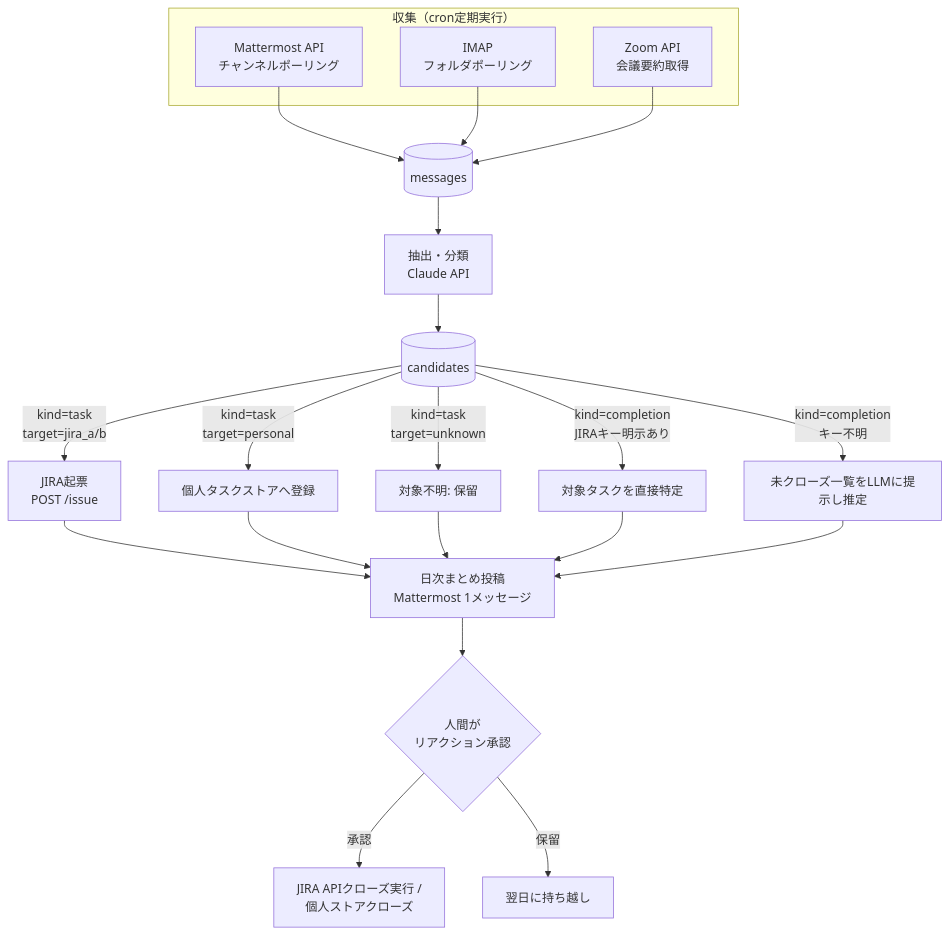
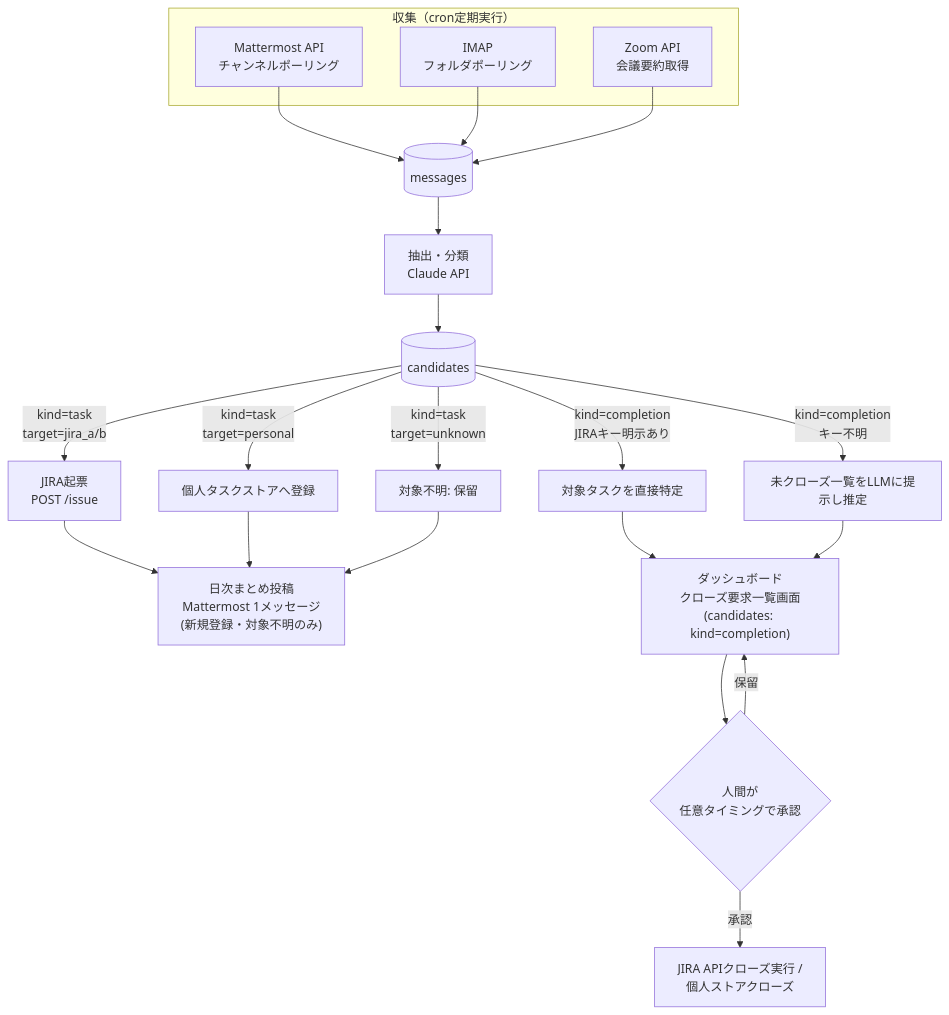
Before and after one commit to s-ono-123456/taskmanager: the first of 3 diagrams in docs/design/task-management-automation.md, drawn with Mermaid. The commit also changed other lines of this file and 3 other files, not shown here.

````diff
--- a/docs/design/task-management-automation.md
+++ b/docs/design/task-management-automation.md
@@ -29,32 +29,35 @@
 ```mermaid
 flowchart TD
     subgraph SRC["収集（cron定期実行）"]
         MM["Mattermost API<br/>チャンネルポーリング"]
         MAIL["IMAP<br/>フォルダポーリング"]
         ZOOM["Zoom API<br/>会議要約取得"]
     end
 
     MM --> MSG[("messages")]
     MAIL --> MSG
     ZOOM --> MSG
 
     MSG --> EXT["抽出・分類<br/>Claude API"]
     EXT --> CAND[("candidates")]
 
     CAND -->|"kind=task<br/>target=jira_a/b"| REGJIRA["JIRA起票<br/>POST /issue"]
     CAND -->|"kind=task<br/>target=personal"| REGTASK["個人タスクストアへ登録"]
     CAND -->|"kind=task<br/>target=unknown"| PEND["対象不明: 保留"]
 
     CAND -->|"kind=completion<br/>JIRAキー明示あり"| CLOSE1["対象タスクを直接特定"]
     CAND -->|"kind=completion<br/>キー不明"| CLOSE2["未クローズ一覧をLLMに提示し推定"]
 
     REGJIRA --> DIGEST
     REGTASK --> DIGEST
     PEND --> DIGEST
-    CLOSE1 --> DIGEST
-    CLOSE2 --> DIGEST
 
-    DIGEST["日次まとめ投稿<br/>Mattermost 1メッセージ"] --> APPROVE{"人間が<br/>リアクション承認"}
+    CLOSE1 --> DASH["ダッシュボード<br/>クローズ要求一覧画面<br/>(candidates: kind=completion)"]
+    CLOSE2 --> DASH
+
+    DIGEST["日次まとめ投稿<br/>Mattermost 1メッセージ<br/>(新規登録・対象不明のみ)"]
+
+    DASH --> APPROVE{"人間が<br/>任意タイミングで承認"}
     APPROVE -->|承認| EXEC["JIRA APIクローズ実行 /<br/>個人ストアクローズ"]
-    APPROVE -->|保留| CARRY["翌日に持ち越し"]
+    APPROVE -->|保留| DASH
 ```
````
